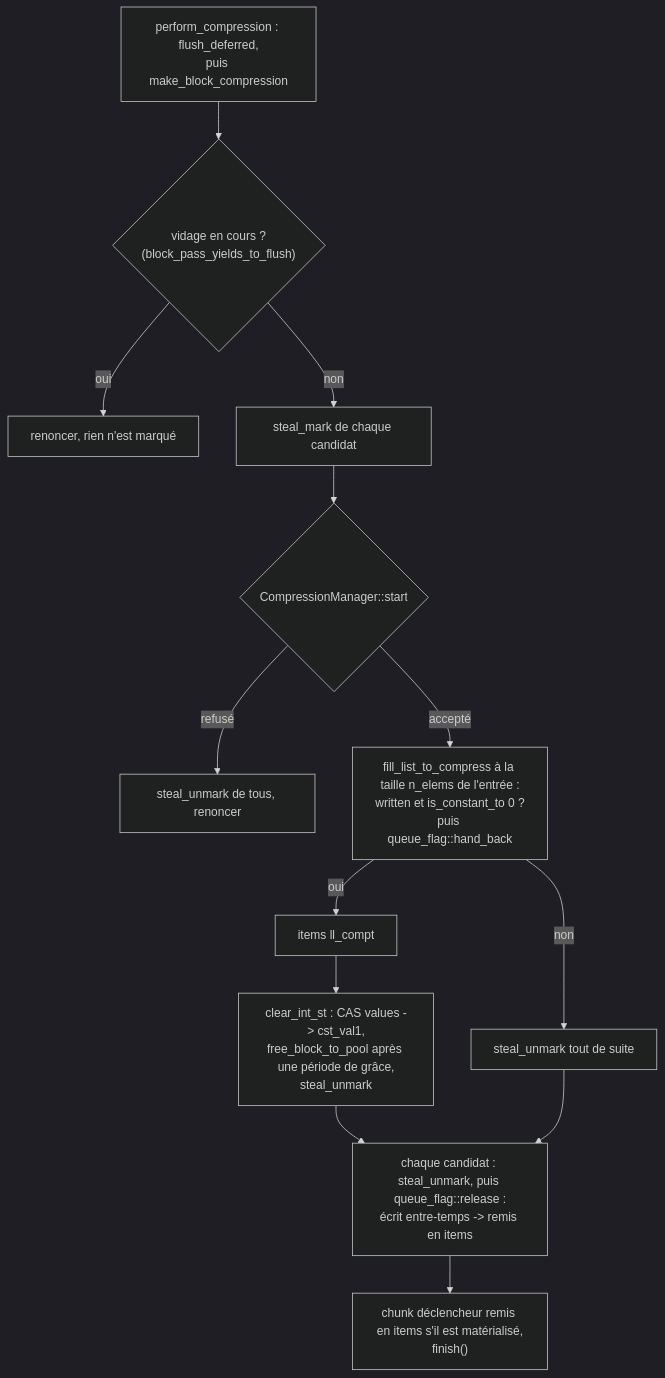
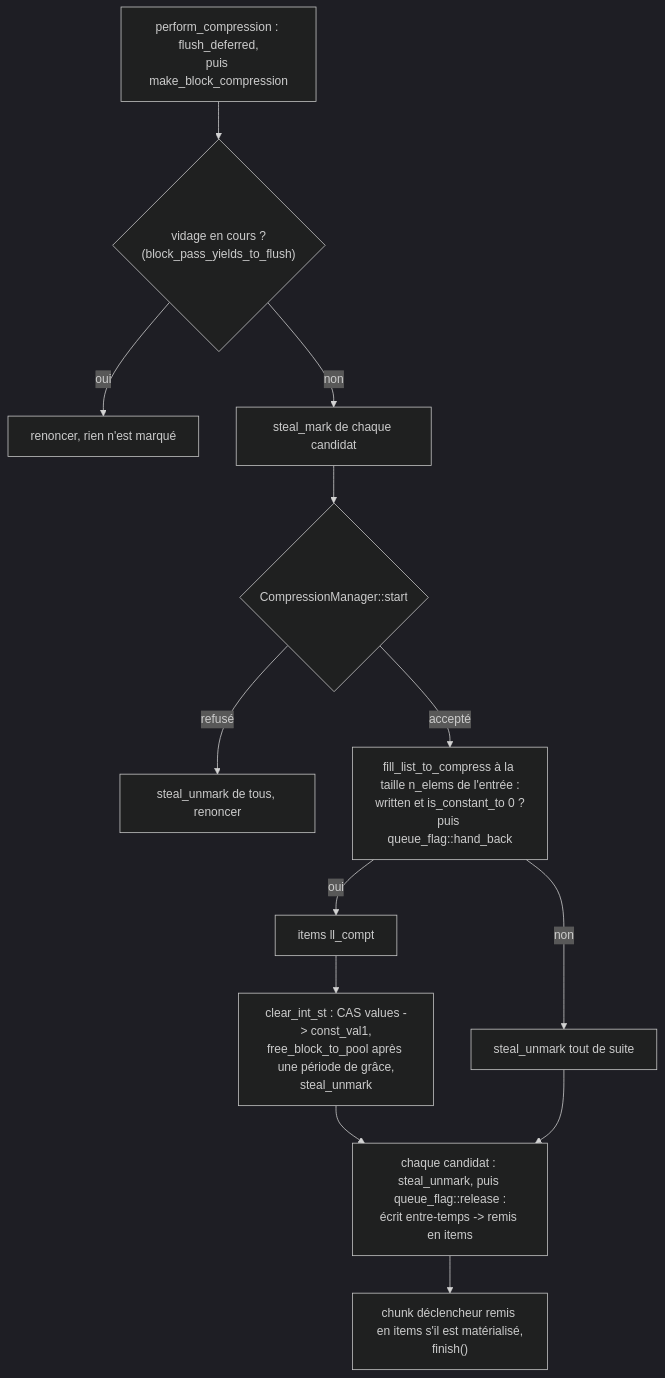
Before and after one commit to cea-hpc/shrink-array: the second of 2 diagrams in docs/algo_zero_fr.md, drawn with Mermaid (dark theme). The commit also changed other lines of this file and 108 other files, not shown here.

First line of the commit message:
French names in English (4/4): cst (constante) is const

````diff
--- a/docs/algo_zero_fr.md
+++ b/docs/algo_zero_fr.md
@@ -124,15 +124,15 @@
 ```mermaid
 flowchart TD
     A["perform_compression : flush_deferred,<br/>puis make_block_compression"] --> B{"vidage en cours ?<br/>(block_pass_yields_to_flush)"}
     B -->|oui| B1["renoncer, rien n'est marqué"]
     B -->|non| C["steal_mark de chaque candidat"]
     C --> D{"CompressionManager::start"}
     D -->|refusé| D1["steal_unmark de tous, renoncer"]
     D -->|accepté| E["fill_list_to_compress à la taille n_elems de l'entrée :<br/>written et is_constant_to 0 ?<br/>puis queue_flag::hand_back"]
     E -->|oui| F["items ll_compt"]
     E -->|non| G["steal_unmark tout de suite"]
-    F --> H["clear_int_st : CAS values -> cst_val1,<br/>free_block_to_pool après une période de grâce,<br/>steal_unmark"]
+    F --> H["clear_int_st : CAS values -> const_val1,<br/>free_block_to_pool après une période de grâce,<br/>steal_unmark"]
     H --> I["chaque candidat : steal_unmark, puis queue_flag::release :<br/>écrit entre-temps -> remis en items"]
     G --> I
     I --> J["chunk déclencheur remis en items s'il est matérialisé,<br/>finish()"]
 ```
````
